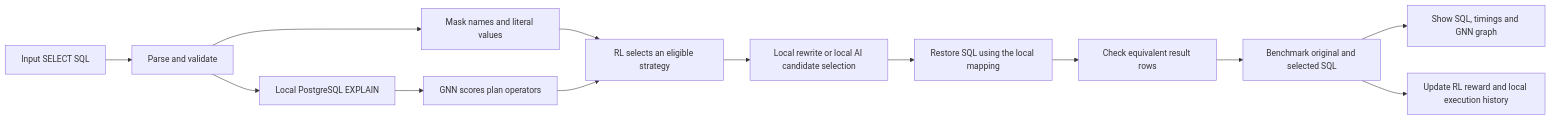
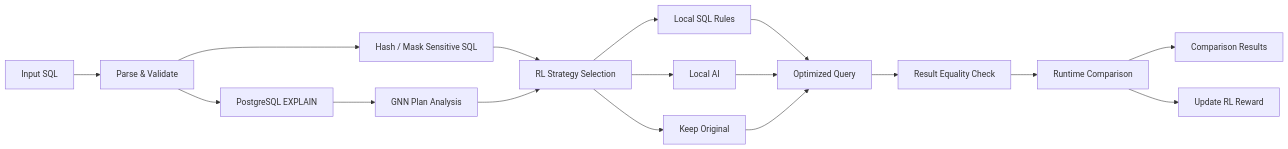
Before and after one commit to PawanNITRR/Database-Query-Optimizzer: the third of 5 diagrams in README.md, drawn with Mermaid. The commit also changed other lines of this file, not shown here.

````diff
--- a/README.md
+++ b/README.md
@@ -27,15 +132,24 @@
 ```mermaid
 flowchart LR
-    A[Input SELECT SQL] --> B[Parse and validate]
-    B --> C[Mask names and literal values]
-    B --> D[Local PostgreSQL EXPLAIN]
-    D --> E[GNN scores plan operators]
-    C --> F[RL selects an eligible strategy]
+    A[Input SQL] --> B[Parse & Validate]
+    B --> C[Hash / Mask Sensitive SQL]
+    B --> D[PostgreSQL EXPLAIN]
+
+    D --> E[GNN Plan Analysis]
+
+    C --> F[RL Strategy Selection]
     E --> F
-    F --> G[Local rewrite or local AI candidate selection]
-    G --> H[Restore SQL using the local mapping]
-    H --> I[Check equivalent result rows]
-    I --> J[Benchmark original and selected SQL]
-    J --> K[Show SQL, timings and GNN graph]
-    J --> L[Update RL reward and local execution history]
+
+    F --> G1[Local SQL Rules]
+    F --> G2[Local AI]
+    F --> G3[Keep Original]
+
+    G1 --> H[Optimized Query]
+    G2 --> H
+    G3 --> H
+
+    H --> I[Result Equality Check]
+    I --> J[Runtime Comparison]
+    J --> K[Comparison Results]
+    J --> L[Update RL Reward]
 ```
````
